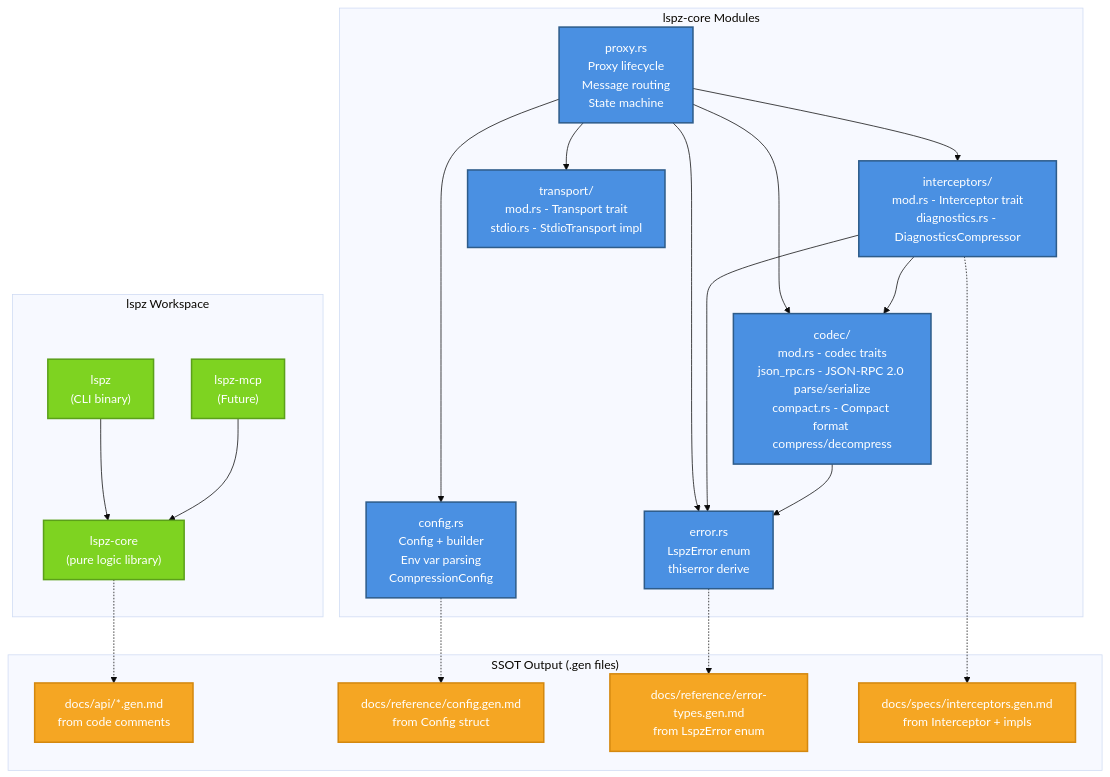
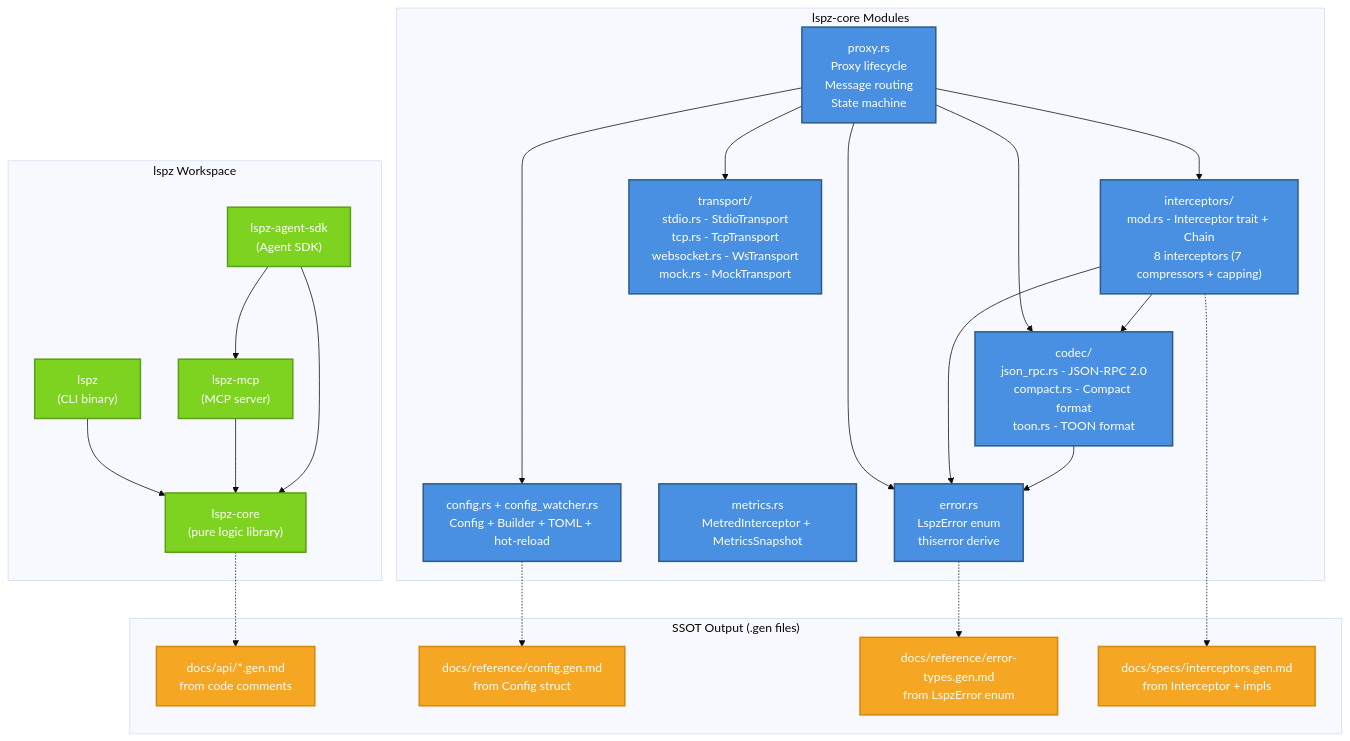
One commit to StrayDragon/lspz changed the ninth of 9 diagrams in docs/specs/001-tri-modal-architecture.md. Above: the diagram before and after it, drawn with Mermaid (base theme). The commit also changed other lines of this file and 17 other files, not shown here.

````diff
--- a/docs/specs/001-tri-modal-architecture.md
+++ b/docs/specs/001-tri-modal-architecture.md
@@ -497,48 +498,52 @@
 ```mermaid
 graph TD
     subgraph Workspace["lspz Workspace"]
         CORE["lspz-core<br/>(pure logic library)"]
         CLI["lspz<br/>(CLI binary)"]
-        MCP2["lspz-mcp<br/>(Future)"]
+        MCP2["lspz-mcp<br/>(MCP server)"]
+        SDK["lspz-agent-sdk<br/>(Agent SDK)"]
     end
 
     subgraph CoreModules["lspz-core Modules"]
         PROXY["proxy.rs<br/>Proxy lifecycle<br/>Message routing<br/>State machine"]
-        INTERCEPTOR["interceptors/<br/>mod.rs - Interceptor trait<br/>diagnostics.rs - DiagnosticsCompressor"]
-        CODEC["codec/<br/>mod.rs - codec traits<br/>json_rpc.rs - JSON-RPC 2.0 parse/serialize<br/>compact.rs - Compact format compress/decompress"]
-        TRANSPORT["transport/<br/>mod.rs - Transport trait<br/>stdio.rs - StdioTransport impl"]
-        CONFIG["config.rs<br/>Config + builder<br/>Env var parsing<br/>CompressionConfig"]
+        INTERCEPTOR["interceptors/<br/>mod.rs - Interceptor trait + Chain<br/>8 interceptors (7 compressors + capping)"]
+        CODEC["codec/<br/>json_rpc.rs - JSON-RPC 2.0<br/>compact.rs - Compact format<br/>toon.rs - TOON format"]
+        TRANSPORT["transport/<br/>stdio.rs - StdioTransport<br/>tcp.rs - TcpTransport<br/>websocket.rs - WsTransport<br/>mock.rs - MockTransport"]
+        CONFIG["config.rs + config_watcher.rs<br/>Config + Builder + TOML + hot-reload"]
+        METRICS["metrics.rs<br/>MetredInterceptor + MetricsSnapshot"]
         ERROR["error.rs<br/>LspzError enum<br/>thiserror derive"]
     end
 
     subgraph SSOT["SSOT Output (.gen files)"]
         APIDOC["docs/api/*.gen.md<br/>from code comments"]
         CONFIGDOC["docs/reference/config.gen.md<br/>from Config struct"]
         ERRDOC["docs/reference/error-types.gen.md<br/>from LspzError enum"]
         INTERCEPTORDOC["docs/specs/interceptors.gen.md<br/>from Interceptor + impls"]
     end
 
     CLI --> CORE
     MCP2 --> CORE
+    SDK --> MCP2
+    SDK --> CORE
     PROXY --> INTERCEPTOR
     PROXY --> CODEC
     PROXY --> TRANSPORT
     PROXY --> CONFIG
     PROXY --> ERROR
     INTERCEPTOR --> CODEC
     INTERCEPTOR --> ERROR
     CODEC --> ERROR
 
     CORE -.-> APIDOC
     CONFIG -.-> CONFIGDOC
     ERROR -.-> ERRDOC
     INTERCEPTOR -.-> INTERCEPTORDOC
 
     classDef workspace fill:#7ED321,stroke:#5BA01A,stroke-width:2px,color:#fff
     classDef module fill:#4A90E2,stroke:#2E5C8A,stroke-width:2px,color:#fff
     classDef ssot fill:#F5A623,stroke:#D4880F,stroke-width:2px,color:#fff
 
-    class CORE,CLI,MCP2 workspace
-    class PROXY,INTERCEPTOR,CODEC,TRANSPORT,CONFIG,ERROR module
+    class CORE,CLI,MCP2,SDK workspace
+    class PROXY,INTERCEPTOR,CODEC,TRANSPORT,CONFIG,METRICS,ERROR module
     class APIDOC,CONFIGDOC,ERRDOC,INTERCEPTORDOC ssot
 ```
````
